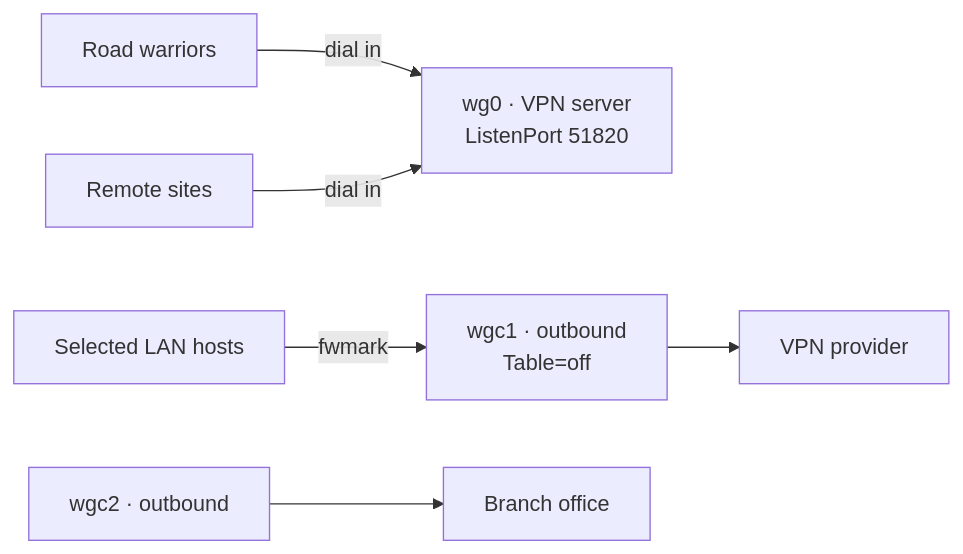
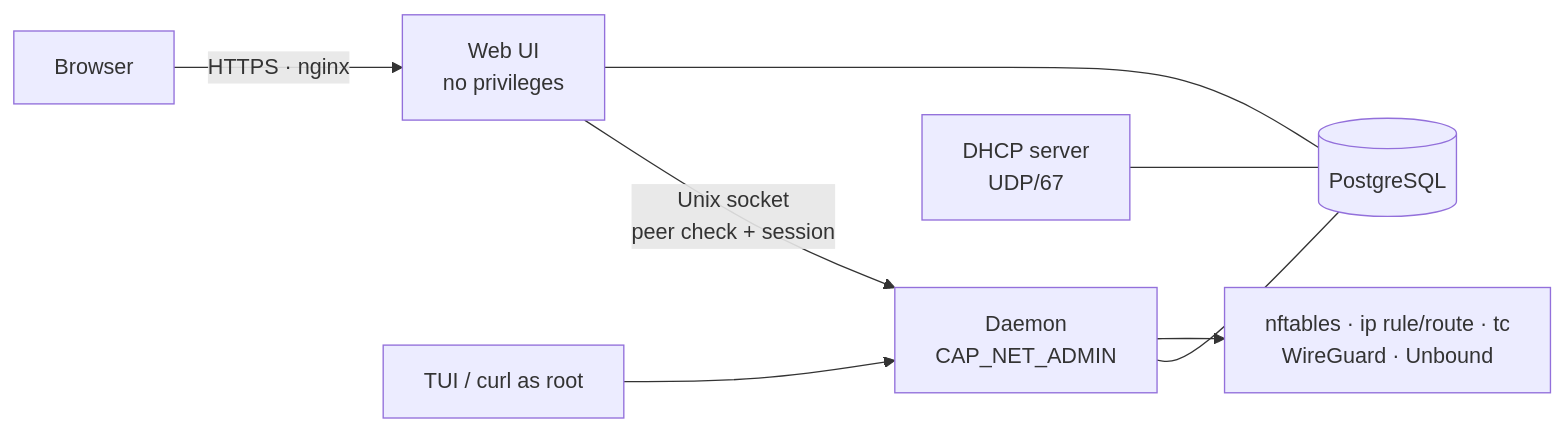
One commit to mchinchilla/NetFirewall changed the diagram in README.md. Above: the diagram before and after it, drawn with Mermaid. The commit also changed other lines of this file and 2 other files, not shown here.

````diff
--- a/README.md
+++ b/README.md
@@ -334,8 +113,10 @@
 ```mermaid
 graph LR
-    RW[Road warriors] -->|dial in| S[wg0 · VPN server<br/>ListenPort 51820]
-    SITE[Remote sites] -->|dial in| S
-    LAN[Selected LAN hosts] -->|fwmark| O1[wgc1 · outbound<br/>Table=off]
-    O1 --> P[VPN provider]
-    O2[wgc2 · outbound] --> B[Branch office]
+    B[Browser] -->|HTTPS · nginx| W[Web UI<br/>no privileges]
+    T[TUI / curl as root] --> D
+    W -->|Unix socket<br/>peer check + session| D[Daemon<br/>CAP_NET_ADMIN]
+    W --- P[(PostgreSQL)]
+    D --- P
+    H[DHCP server<br/>UDP/67] --- P
+    D --> K[nftables · ip rule/route · tc<br/>WireGuard · Unbound]
 ```
````
